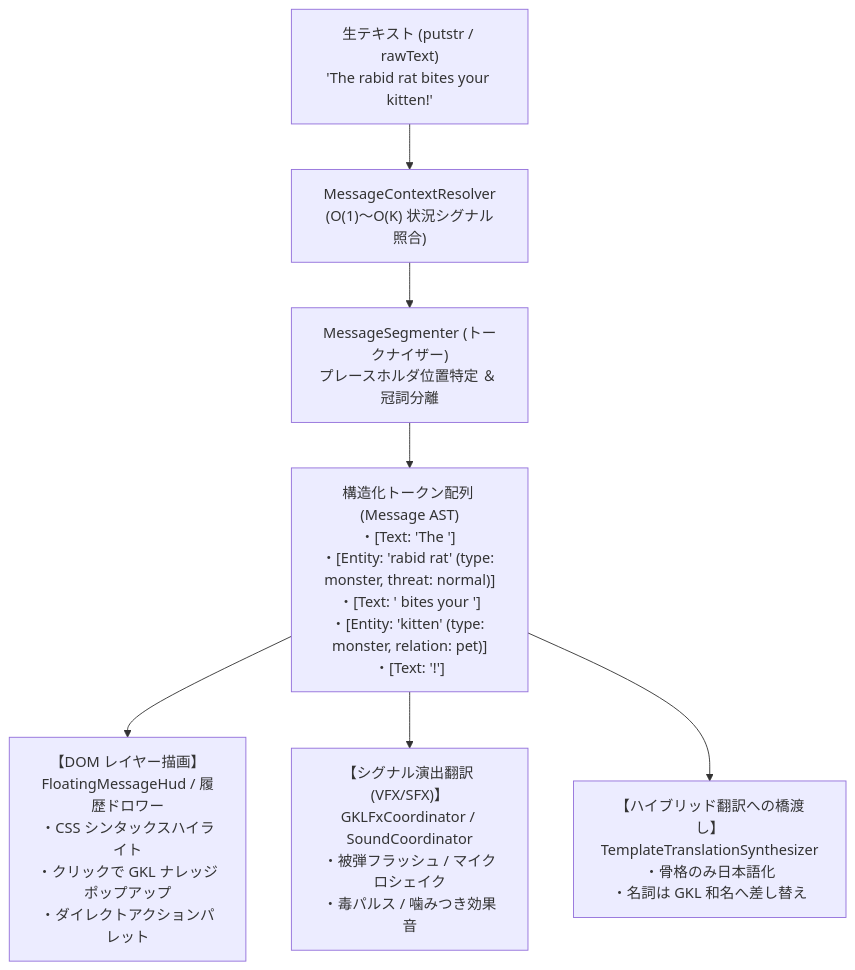
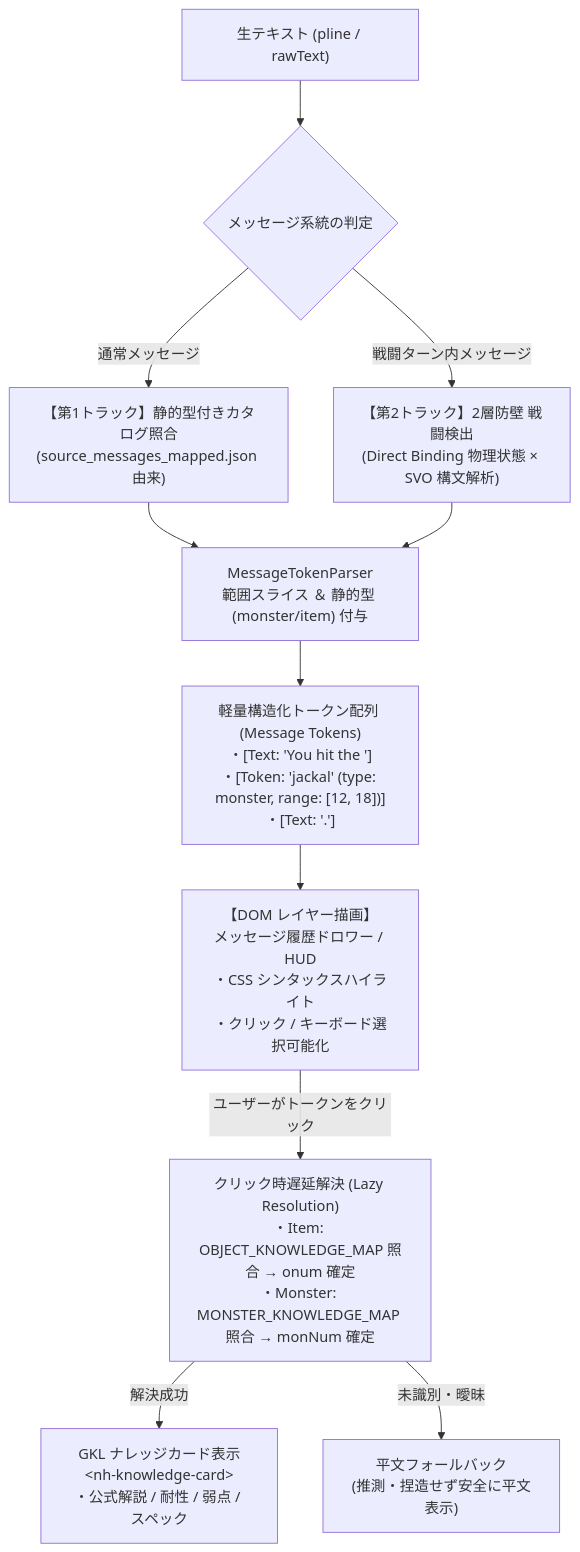
The first of 3 diagrams in docs/9_translation/semantic_message_tokenization_and_interactive_rendering_specification.ja.md (e3sh/Nethack-wasm-webUI), drawn with Mermaid before and after one commit. The commit also changed other lines of this file and 34 other files, not shown here.

````diff
--- a/docs/9_translation/semantic_message_tokenization_and_interactive_rendering_specification.ja.md
+++ b/docs/9_translation/semantic_message_tokenization_and_interactive_rendering_specification.ja.md
@@ -25,15 +24,20 @@
 ```mermaid
 flowchart TD
-    Raw["生テキスト (putstr / rawText)<br>'The rabid rat bites your kitten!'"]
-    --> Resolver["MessageContextResolver<br>(O(1)〜O(K) 状況シグナル照合)"]
+    Raw["生テキスト (pline / rawText)"]
+    --> Branch{"メッセージ系統の判定"}
     
-    Resolver --> Segmenter["MessageSegmenter (トークナイザー)<br>プレースホルダ位置特定 ＆ 冠詞分離"]
+    Branch -->|通常メッセージ| Catalog["【第1トラック】静的型付きカタログ照合<br>(source_messages_mapped.json 由来)"]
+    Branch -->|戦闘ターン内メッセージ| Combat["【第2トラック】2層防壁 戦闘検出<br>(Direct Binding 物理状態 × SVO 構文解析)"]
     
-    Segmenter --> AST["構造化トークン配列 (Message AST)<br>・[Text: 'The '] <br>・[Entity: 'rabid rat' (type: monster, threat: normal)]<br>・[Text: ' bites your ']<br>・[Entity: 'kitten' (type: monster, relation: pet)]<br>・[Text: '!']"]
+    Catalog --> Tokenizer["MessageTokenParser<br>範囲スライス ＆ 静的型 (monster/item) 付与"]
+    Combat --> Tokenizer
     
-    AST --> RouteA["【DOM レイヤー描画】<br>FloatingMessageHud / 履歴ドロワー<br>・CSS シンタックスハイライト<br>・クリックで GKL ナレッジポップアップ<br>・ダイレクトアクションパレット"]
+    Tokenizer --> AST["軽量構造化トークン配列 (Message Tokens)<br>・[Text: 'You hit the ']<br>・[Token: 'jackal' (type: monster, range: [12, 18])]<br>・[Text: '.']"]
     
-    AST --> RouteB["【シグナル演出翻訳 (VFX/SFX)】<br>GKLFxCoordinator / SoundCoordinator<br>・被弾フラッシュ / マイクロシェイク<br>・毒パルス / 噛みつき効果音"]
+    AST --> RouteA["【DOM レイヤー描画】<br>メッセージ履歴ドロワー / HUD<br>・CSS シンタックスハイライト<br>・クリック / キーボード選択可能化"]
     
-    AST --> RouteC["【ハイブリッド翻訳への橋渡し】<br>TemplateTranslationSynthesizer<br>・骨格のみ日本語化<br>・名詞は GKL 和名へ差し替え"]
+    RouteA -->|ユーザーがトークンをクリック| Resolver["クリック時遅延解決 (Lazy Resolution)<br>・Item: OBJECT_KNOWLEDGE_MAP 照合 → onum 確定<br>・Monster: MONSTER_KNOWLEDGE_MAP 照合 → monNum 確定"]
+    
+    Resolver -->|解決成功| Card["GKL ナレッジカード表示<br>&lt;nh-knowledge-card&gt;<br>・公式解説 / 耐性 / 弱点 / スペック"]
+    Resolver -->|未識別・曖昧| Plain["平文フォールバック<br>(推測・捏造せず安全に平文表示)"]
 ```
````
